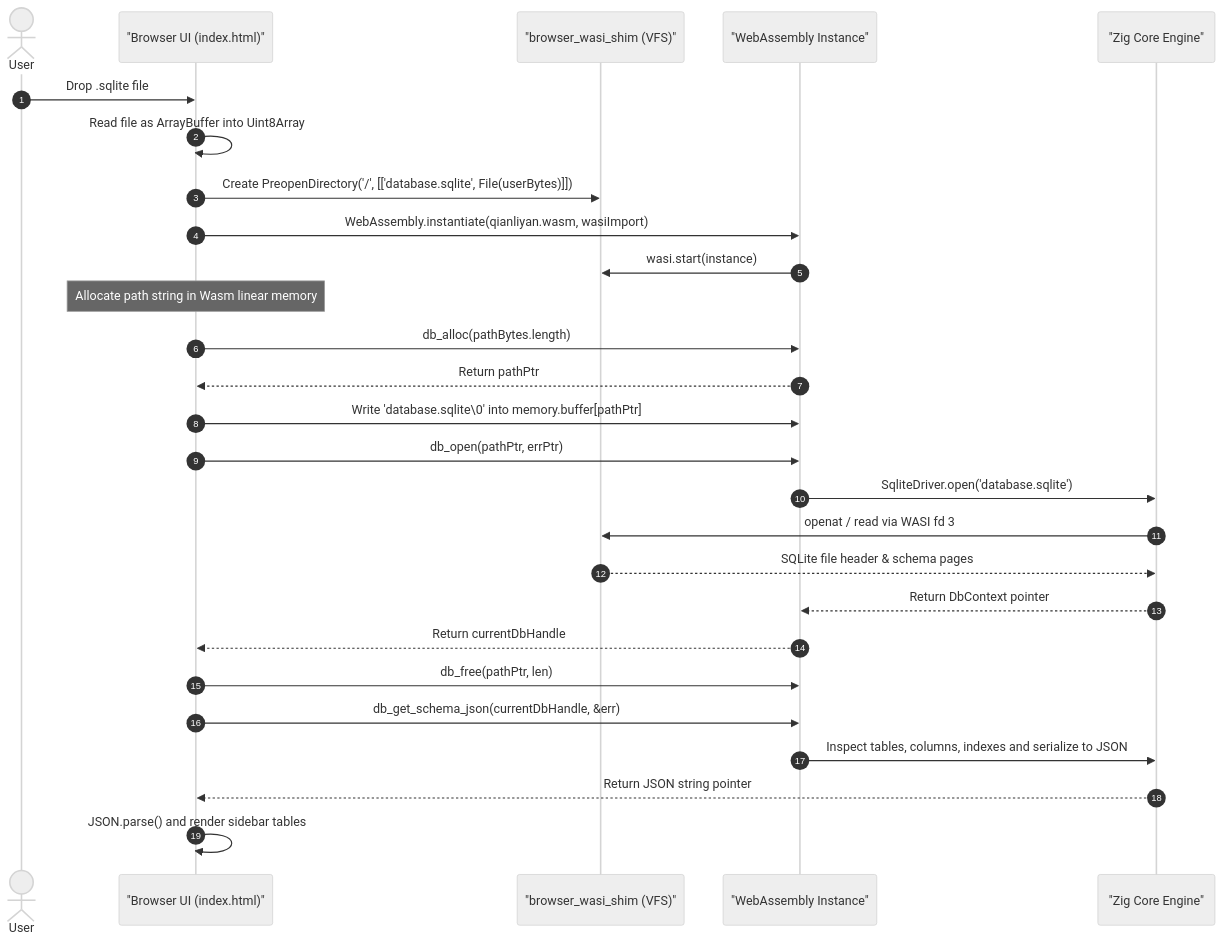
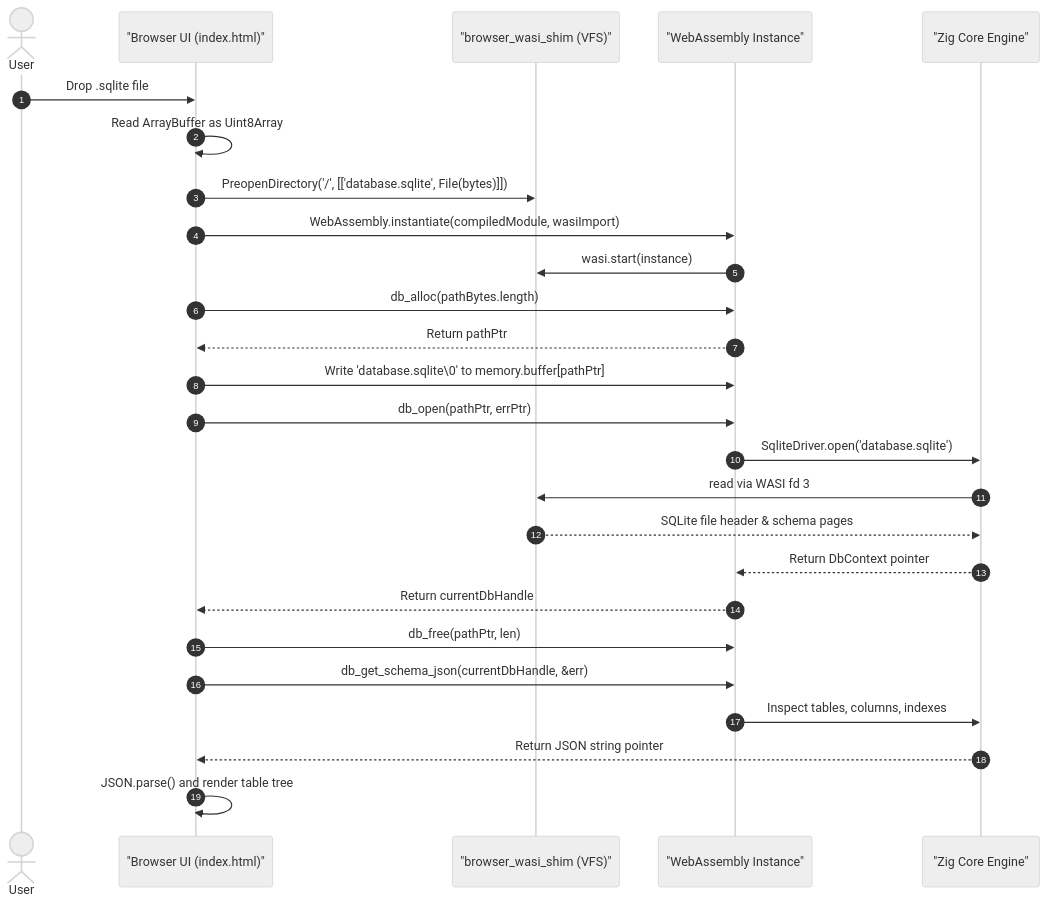
One commit to jiacai2050/x changed the second of 4 diagrams in qianliyan/docs/wasm-architecture.md. Above: the diagram before and after it, drawn with Mermaid (neutral theme). The commit also changed other lines of this file and 4 other files, not shown here.

````diff
--- a/qianliyan/docs/wasm-architecture.md
+++ b/qianliyan/docs/wasm-architecture.md
@@ -68,33 +68,32 @@
 ```mermaid
 sequenceDiagram
     autonumber
     actor User
     participant Page as "Browser UI (index.html)"
     participant VFS as "browser_wasi_shim (VFS)"
     participant Wasm as "WebAssembly Instance"
     participant Zig as "Zig Core Engine"
 
     User->>Page: Drop .sqlite file
-    Page->>Page: Read file as ArrayBuffer into Uint8Array
-    Page->>VFS: Create PreopenDirectory('/', [['database.sqlite', File(userBytes)]])
-    Page->>Wasm: WebAssembly.instantiate(qianliyan.wasm, wasiImport)
+    Page->>Page: Read ArrayBuffer as Uint8Array
+    Page->>VFS: PreopenDirectory('/', [['database.sqlite', File(bytes)]])
+    Page->>Wasm: WebAssembly.instantiate(compiledModule, wasiImport)
     Wasm->>VFS: wasi.start(instance)
 
-    Note over Page: Allocate path string in Wasm linear memory
     Page->>Wasm: db_alloc(pathBytes.length)
     Wasm-->>Page: Return pathPtr
-    Page->>Wasm: Write 'database.sqlite\0' into memory.buffer[pathPtr]
+    Page->>Wasm: Write 'database.sqlite\0' to memory.buffer[pathPtr]
 
     Page->>Wasm: db_open(pathPtr, errPtr)
     Wasm->>Zig: SqliteDriver.open('database.sqlite')
-    Zig->>VFS: openat / read via WASI fd 3
+    Zig->>VFS: read via WASI fd 3
     VFS-->>Zig: SQLite file header & schema pages
     Zig-->>Wasm: Return DbContext pointer
     Wasm-->>Page: Return currentDbHandle
 
     Page->>Wasm: db_free(pathPtr, len)
     Page->>Wasm: db_get_schema_json(currentDbHandle, &err)
-    Wasm->>Zig: Inspect tables, columns, indexes and serialize to JSON
+    Wasm->>Zig: Inspect tables, columns, indexes
     Zig-->>Page: Return JSON string pointer
-    Page->>Page: JSON.parse() and render sidebar tables
+    Page->>Page: JSON.parse() and render table tree
 ```
````
